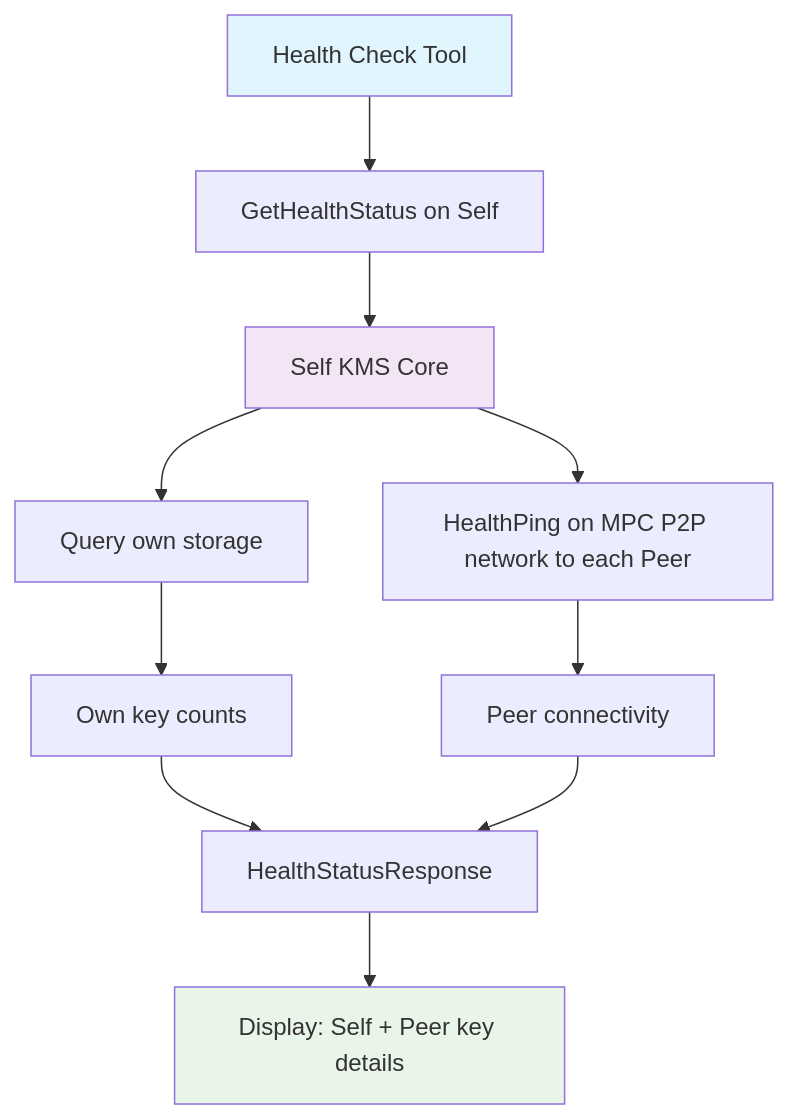
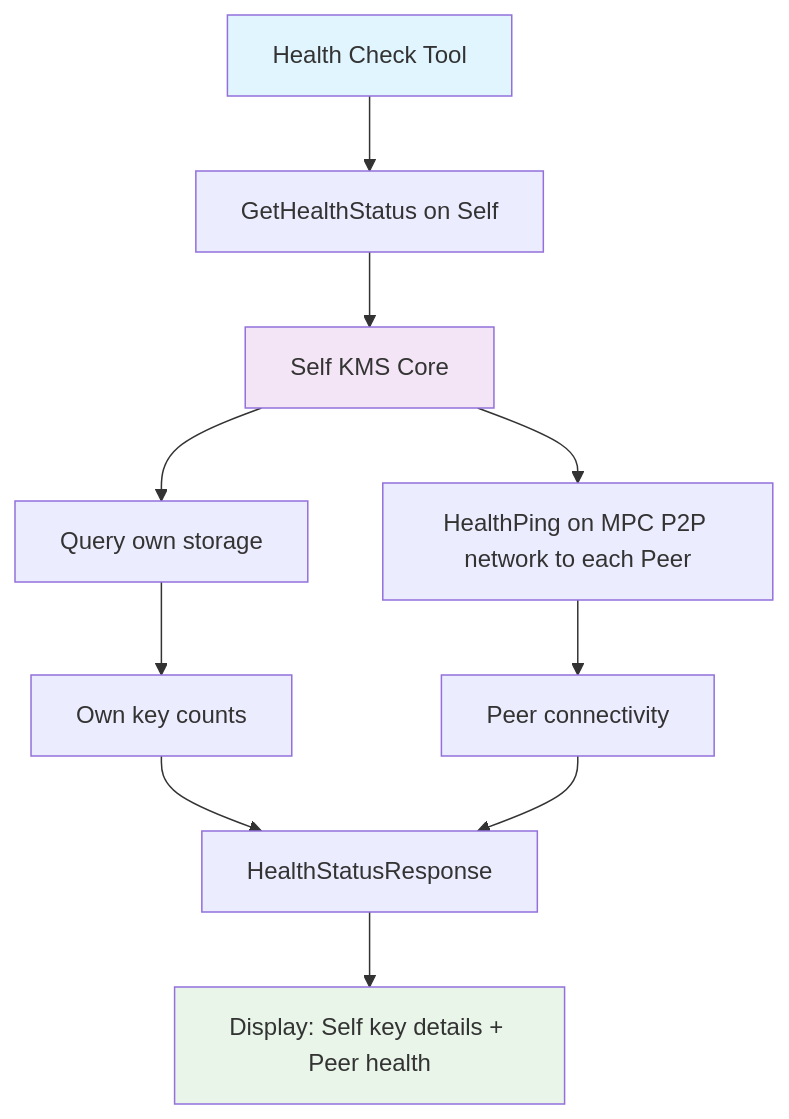
One commit to zama-ai/kms changed the diagram in tools/kms-health-check/README.md. Above: the diagram before and after it, drawn with Mermaid.

Commit message:
chore: update mermaid diagram

````diff
--- a/tools/kms-health-check/README.md
+++ b/tools/kms-health-check/README.md
@@ -167,20 +167,20 @@
 ```mermaid
 graph TD
     A[Health Check Tool] --> B[GetHealthStatus on Self]
 
     B --> C[Self KMS Core]
     C --> D[Query own storage]
     C --> E[HealthPing on MPC P2P network to each Peer]
 
     D --> F[Own key counts]
     E --> G[Peer connectivity]
 
     F --> H[HealthStatusResponse]
     G --> H
 
-    H --> I[Display: Self + Peer key details]
+    H --> I[Display: Self key details + Peer health]
 
     style A fill:#e1f5fe
     style C fill:#f3e5f5
     style I fill:#e8f5e8
 ```
````
